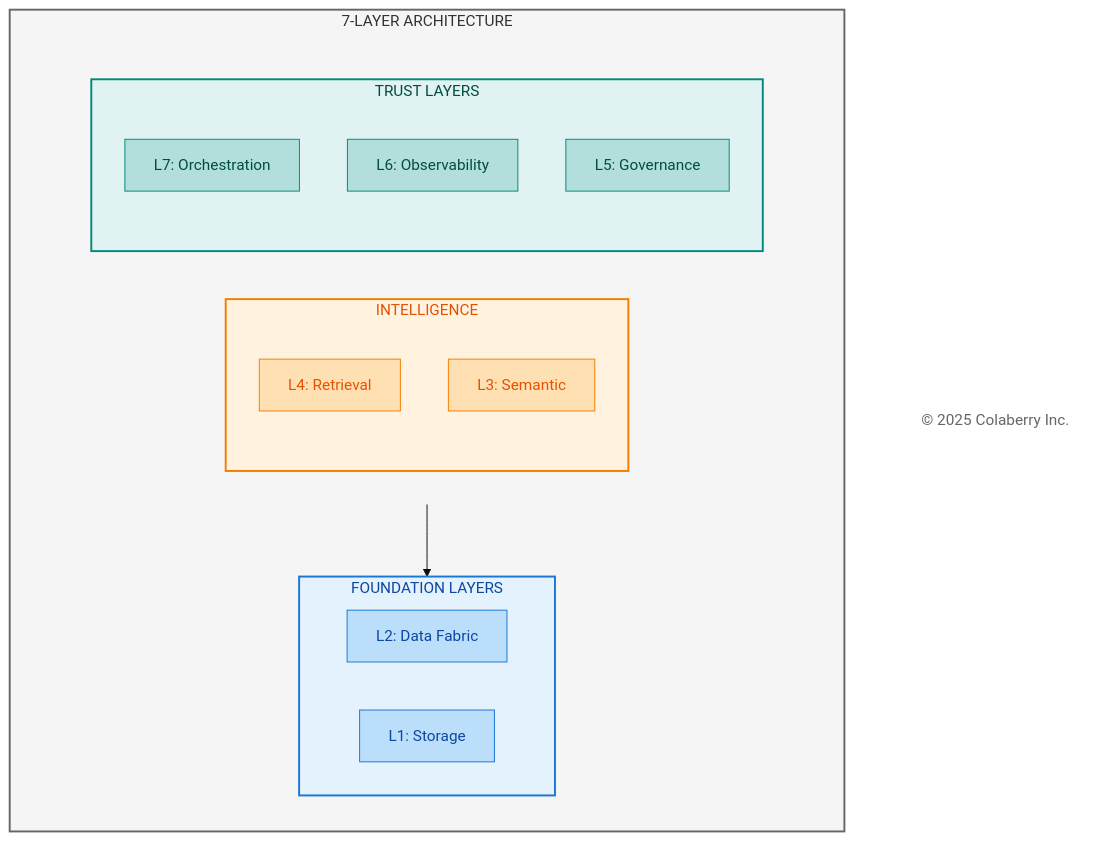
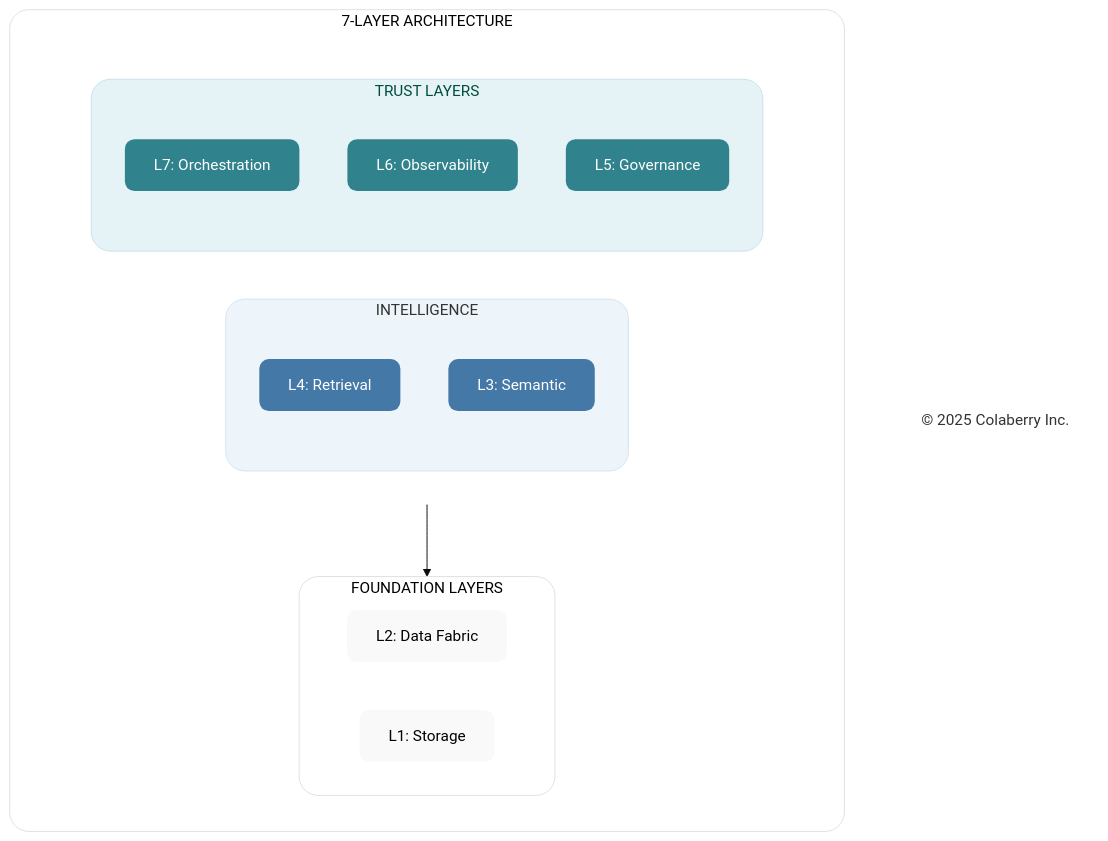
Before and after one commit to saitejesh-cyber/trust-before-intelligence-book: the fourth of 5 diagrams in manuscript/12_chapter_11_technology_selection_guide.md, drawn with Mermaid (base theme). The commit also changed other lines of this file and 7 other files, not shown here.

Commit message:
Chapter 6to13: Updated mermaid diagrams based on new colaberry color code

````diff
--- a/manuscript/12_chapter_11_technology_selection_guide.md
+++ b/manuscript/12_chapter_11_technology_selection_guide.md
@@ -325,49 +325,49 @@
 ```mermaid
 
 graph TB
     subgraph STACK["7-LAYER ARCHITECTURE"]
         direction TB
         subgraph ROW1[" "]
             direction LR
             subgraph INTEL["INTELLIGENCE"]
                 direction TB
                 L4["L4: Retrieval"]
                 L3["L3: Semantic"]
             end
 
             subgraph TRUST["TRUST LAYERS"]
                 direction TB
                 L7["L7: Orchestration"]
                 L6["L6: Observability"]
                 L5["L5: Governance"]
             end
             
         end
         
         subgraph FOUND["FOUNDATION LAYERS"]
             direction LR
             L2["L2: Data Fabric"]
             L1["L1: Storage"]
         end
     end
     
     Copyright["© 2025 Colaberry Inc."]
     
     ROW1 --> FOUND
     
-    style STACK fill:#f5f5f5,stroke:#666666,stroke-width:2px,color:#333333
+    style STACK fill:#ffffff,stroke:#e0e0e0,stroke-width:1px,color:#000000,rx:20,ry:20
     style ROW1 fill:none,stroke:none
-    style TRUST fill:#e0f2f1,stroke:#00897b,stroke-width:2px,color:#004d40
-    style INTEL fill:#fff3e0,stroke:#f57c00,stroke-width:2px,color:#e65100
-    style FOUND fill:#e3f2fd,stroke:#1976d2,stroke-width:2px,color:#0d47a1
-    style L7 fill:#b2dfdb,stroke:#00897b,color:#004d40
-    style L6 fill:#b2dfdb,stroke:#00897b,color:#004d40
-    style L5 fill:#b2dfdb,stroke:#00897b,color:#004d40
-    style L4 fill:#ffe0b2,stroke:#f57c00,color:#e65100
-    style L3 fill:#ffe0b2,stroke:#f57c00,color:#e65100
-    style L2 fill:#bbdefb,stroke:#1976d2,color:#0d47a1
-    style L1 fill:#bbdefb,stroke:#1976d2,color:#0d47a1
-    style Copyright fill:#ffffff,stroke:none,color:#666666
+    style TRUST fill:#e6f3f6,stroke:#c7e3ea,stroke-width:1px,color:#004d40,rx:20,ry:20
+    style INTEL fill:#edf4fa,stroke:#d6e4f2,stroke-width:1px,color:#333333,rx:20,ry:20
+    style FOUND fill:#ffffff,stroke:#e0e0e0,stroke-width:1px,color:#000000,rx:20,ry:20
+    style L7 fill:#30838C,stroke:none,color:#ffffff,rx:10,ry:10
+    style L6 fill:#30838C,stroke:none,color:#ffffff,rx:10,ry:10
+    style L5 fill:#30838C,stroke:none,color:#ffffff,rx:10,ry:10
+    style L4 fill:#4478A6,stroke:none,color:#ffffff,rx:10,ry:10
+    style L3 fill:#4478A6,stroke:none,color:#ffffff,rx:10,ry:10
+    style L2 fill:#f9f9f9,stroke:none,color:#000000,rx:10,ry:10
+    style L1 fill:#f9f9f9,stroke:none,color:#000000,rx:10,ry:10
+    style Copyright fill:none,stroke:none,color:#333333
 
 
 ```
````
